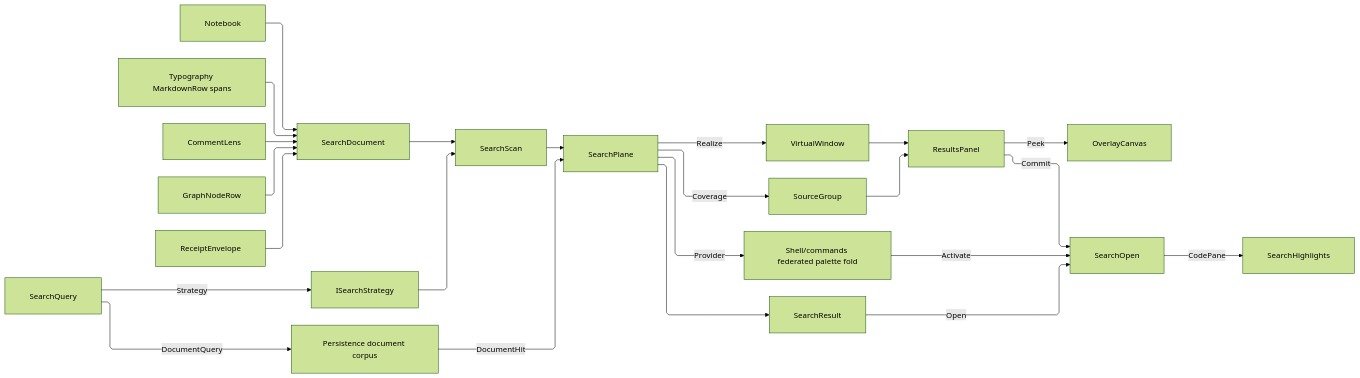
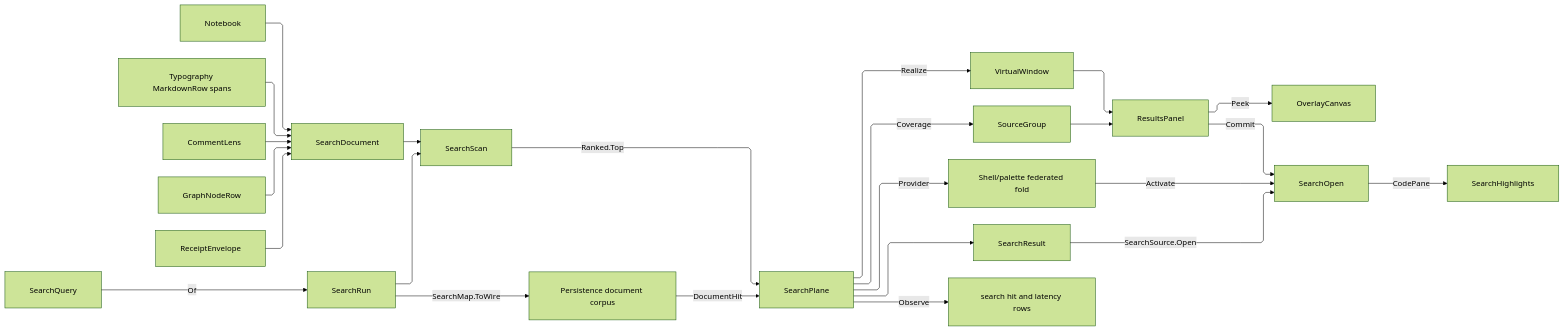
One commit to bsamiee/Rasm changed the diagram in libs/csharp/Rasm.AppUi/.planning/Document/search.md. Above: the diagram before and after it, drawn with Mermaid (forest theme). The commit also changed other lines of this file and 818 other files, not shown here.

````diff
--- a/libs/csharp/Rasm.AppUi/.planning/Document/search.md
+++ b/libs/csharp/Rasm.AppUi/.planning/Document/search.md
@@ -786,34 +935,35 @@
 ```mermaid
 ---
 config:
   layout: elk
   flowchart:
     curve: linear
     padding: 25
 ---
 flowchart LR
     accTitle: Document search coverage, ranking, navigation, and the results panel
-    accDescr: Five landed owners projecting into one candidate shape, a query minting one match strategy for both the corpus scan and the code pane, a plane merging local and resident hits into one keyed cache realized through the virtualization window, the plane contributing its rows into the shell palette's one federated fold, a total open dispatch routing each activated result to its surface, and a results panel banding the realized window under the plane's own per-source totals.
+    accDescr: Five landed owners projecting into one candidate shape, a query minting one match strategy carried as a run value for both the corpus scan and the code pane, a plane merging bounded local and resident hits into one keyed cache realized through the virtualization window, the plane contributing its rows into the shell palette's one federated fold, a coverage row lowering each activated result to its surface, and a results panel banding the realized window under the plane's own per-source tallies.
     Notebook --> SearchDocument
     MarkdownRows["Typography MarkdownRow spans"] --> SearchDocument
     CommentLens --> SearchDocument
     GraphNodeRow --> SearchDocument
     ReceiptEnvelope --> SearchDocument
-    SearchQuery -->|Strategy| ISearchStrategy
-    ISearchStrategy --> SearchScan
+    SearchQuery -->|Of| SearchRun
+    SearchRun --> SearchScan
     SearchDocument --> SearchScan
-    SearchQuery -->|DocumentQuery| ResidentIndex["Persistence document corpus"]
+    SearchScan -->|Ranked.Top| SearchPlane
+    SearchRun -->|SearchMap.ToWire| ResidentIndex["Persistence document corpus"]
     ResidentIndex -->|DocumentHit| SearchPlane
-    SearchScan --> SearchPlane
     SearchPlane -->|Realize| VirtualWindow
     VirtualWindow --> ResultsPanel
     SearchPlane -->|Coverage| SourceGroup
     SourceGroup --> ResultsPanel
     ResultsPanel -->|Peek| OverlayCanvas
     ResultsPanel -->|Commit| SearchOpen
-    SearchPlane -->|Provider| Palette["Shell/commands federated palette fold"]
+    SearchPlane -->|Provider| Palette["Shell/palette federated fold"]
     SearchPlane --> SearchResult
     Palette -->|Activate| SearchOpen
-    SearchResult -->|Open| SearchOpen
+    SearchResult -->|SearchSource.Open| SearchOpen
     SearchOpen -->|CodePane| SearchHighlights
+    SearchPlane -->|Observe| DocumentSearch["search hit and latency rows"]
 ```
````
